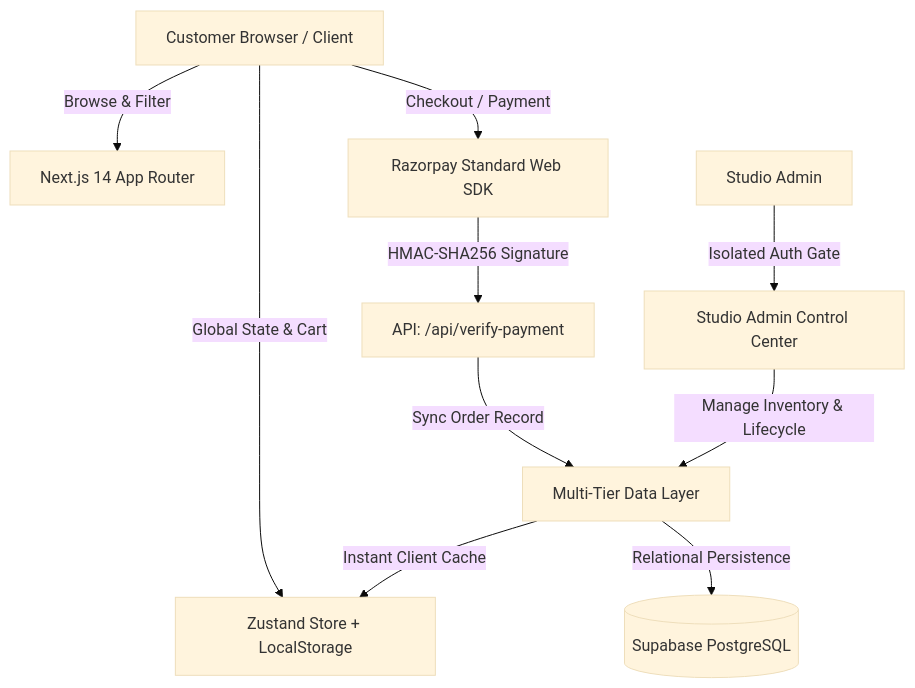
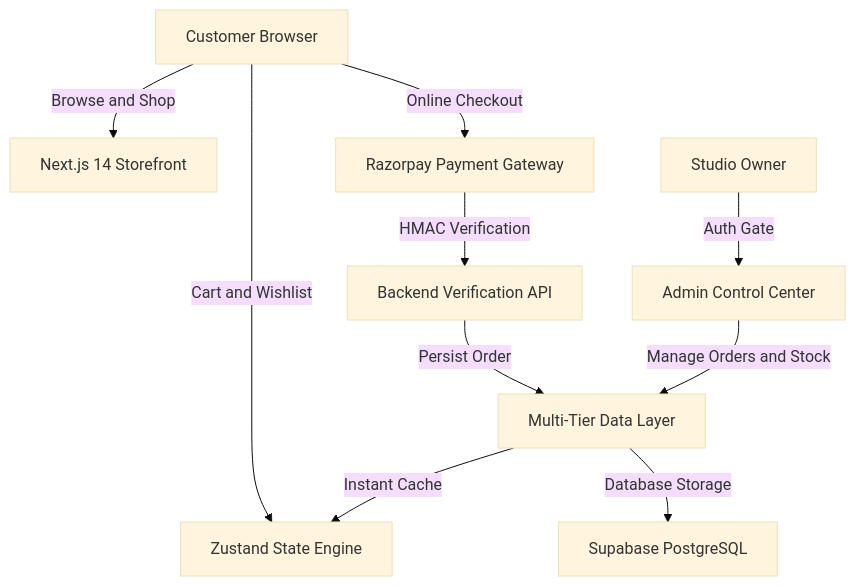
Before and after one commit to Yogendra1823/LoopsOfLove_co: the diagram in README.md, drawn with Mermaid (base theme).

Commit message:
fix(docs): ensure 100% GitHub-compatible Mermaid diagram syntax

````diff
--- a/README.md
+++ b/README.md
@@ -38,12 +38,12 @@
 ```mermaid
-flowchart TD
-    A["Customer Browser / Client"] -->|"Browse & Filter"| B["Next.js 14 App Router"]
-    A -->|"Global State & Cart"| C["Zustand Store + LocalStorage"]
-    A -->|"Checkout / Payment"| D["Razorpay Standard Web SDK"]
-    D -->|"HMAC-SHA256 Signature"| E["API: /api/verify-payment"]
-    E -->|"Sync Order Record"| F["Multi-Tier Data Layer"]
-    F -->|"Relational Persistence"| G[("Supabase PostgreSQL")]
-    F -->|"Instant Client Cache"| C
-    H["Studio Admin"] -->|"Isolated Auth Gate"| I["Studio Admin Control Center"]
-    I -->|"Manage Inventory & Lifecycle"| F
+graph TD
+    Client[Customer Browser] -->|Browse and Shop| Storefront[Next.js 14 Storefront]
+    Client -->|Cart and Wishlist| LocalStore[Zustand State Engine]
+    Client -->|Online Checkout| Razorpay[Razorpay Payment Gateway]
+    Razorpay -->|HMAC Verification| VerifyAPI[Backend Verification API]
+    VerifyAPI -->|Persist Order| DataLayer[Multi-Tier Data Layer]
+    DataLayer -->|Database Storage| Supabase[Supabase PostgreSQL]
+    DataLayer -->|Instant Cache| LocalStore
+    Admin[Studio Owner] -->|Auth Gate| AdminHub[Admin Control Center]
+    AdminHub -->|Manage Orders and Stock| DataLayer
 ```
````
